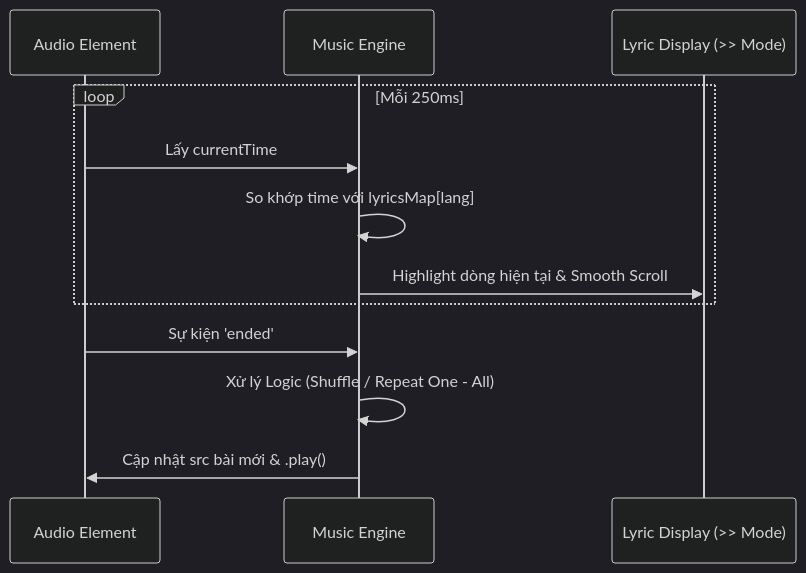
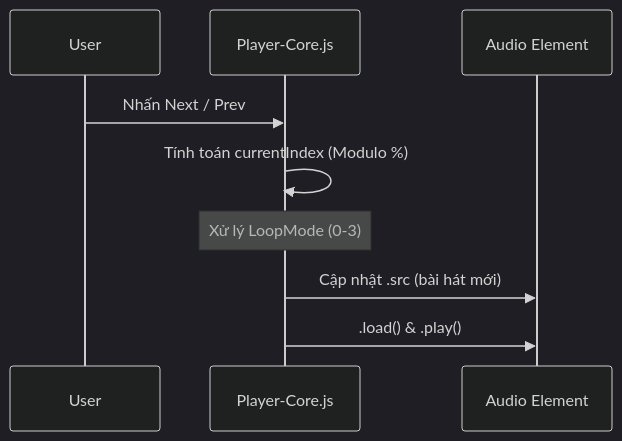
Before and after one commit to Ngan22130178/WebNgheNhac: the diagram in README.md, drawn with Mermaid (dark theme). The commit also changed other lines of this file, not shown here.

First line of the commit message:
Revise README for Music App version 2.1

````diff
--- a/README.md
+++ b/README.md
@@ -81,17 +51,13 @@
 ```mermaid
 sequenceDiagram
-    participant A as Audio Element
-    participant JS as Music Engine
-    participant UI as Lyric Display (>> Mode)
+    participant U as User
+    participant CORE as Player-Core.js
+    participant P as Audio Element
 
-    loop Mỗi 250ms
-        A->>JS: Lấy currentTime
-        JS->>JS: So khớp time với lyricsMap[lang]
-        JS->>UI: Highlight dòng hiện tại & Smooth Scroll
-    end
-
-    A->>JS: Sự kiện 'ended'
-    JS->>JS: Xử lý Logic (Shuffle / Repeat One - All)
-    JS->>A: Cập nhật src bài mới & .play()
+    U->>CORE: Nhấn Next / Prev
+    CORE->>CORE: Tính toán currentIndex (Modulo %)
+    Note over CORE: Xử lý LoopMode (0-3)
+    CORE->>P: Cập nhật .src (bài hát mới)
+    CORE->>P: .load() & .play()
 
 ```
````
